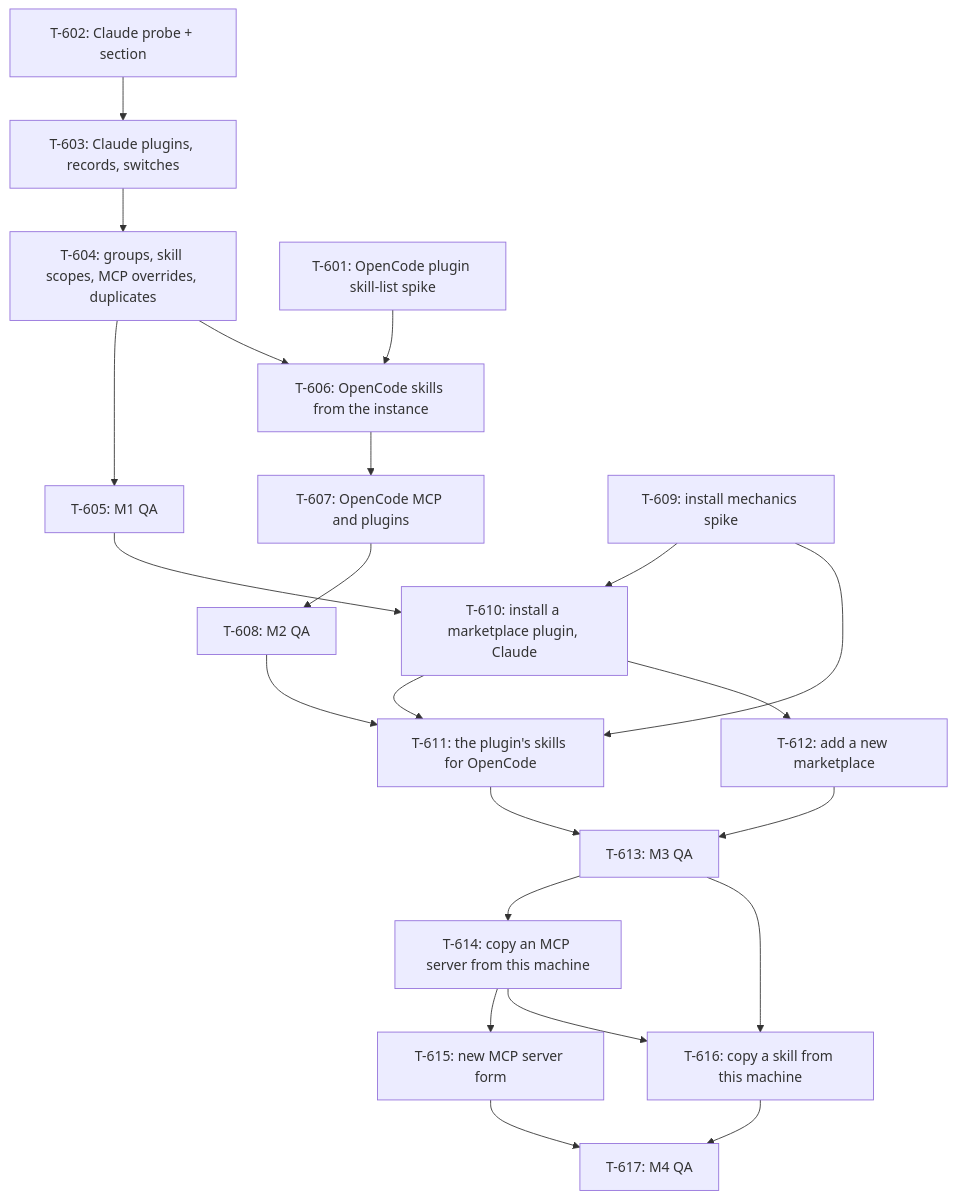
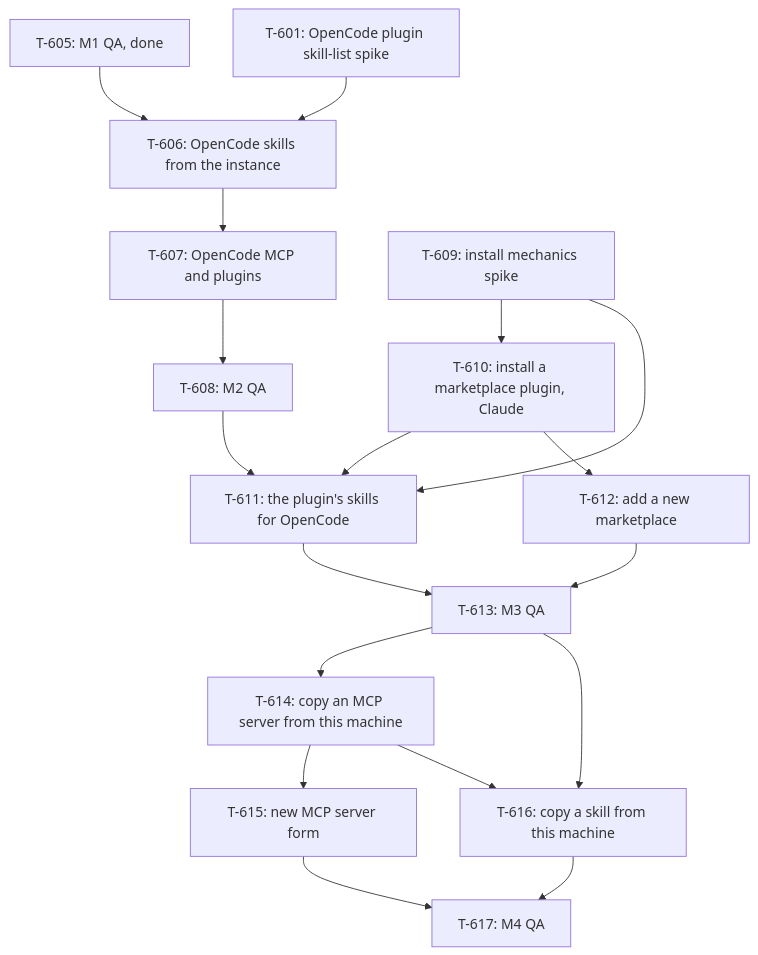
The diagram in docs/specs/skills-mcp/kanban.md (Jasenpan1987/multi-code), drawn with Mermaid before and after one commit. The commit also changed other lines of this file and 2 other files, not shown here.

First line of the commit message:
docs: re-plan skills-mcp M2 to M4 after M1

````diff
--- a/docs/specs/skills-mcp/kanban.md
+++ b/docs/specs/skills-mcp/kanban.md
@@ -20,24 +22,20 @@
 ```mermaid
 graph TD
-    T602[T-602: Claude probe + section] --> T603[T-603: Claude plugins, records, switches]
-    T603 --> T604[T-604: groups, skill scopes, MCP overrides, duplicates]
-    T604 --> T605[T-605: M1 QA]
+    T605[T-605: M1 QA, done] --> T606
     T601[T-601: OpenCode plugin skill-list spike] --> T606[T-606: OpenCode skills from the instance]
-    T604 --> T606
     T606 --> T607[T-607: OpenCode MCP and plugins]
     T607 --> T608[T-608: M2 QA]
     T609[T-609: install mechanics spike] --> T610[T-610: install a marketplace plugin, Claude]
-    T605 --> T610
     T610 --> T611[T-611: the plugin's skills for OpenCode]
     T608 --> T611
     T609 --> T611
     T610 --> T612[T-612: add a new marketplace]
     T611 --> T613[T-613: M3 QA]
     T612 --> T613
     T613 --> T614[T-614: copy an MCP server from this machine]
     T614 --> T615[T-615: new MCP server form]
     T613 --> T616[T-616: copy a skill from this machine]
     T614 --> T616
     T615 --> T617[T-617: M4 QA]
     T616 --> T617
 ```
````
